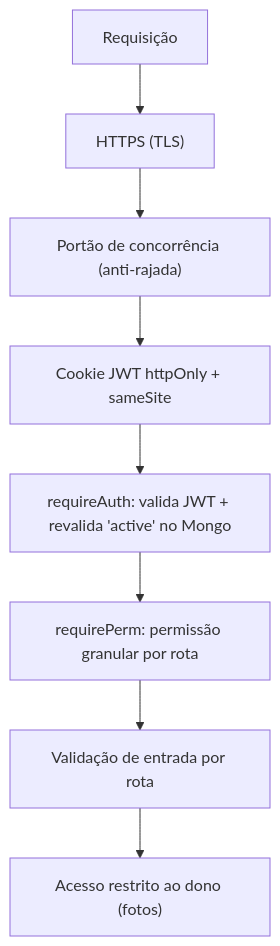
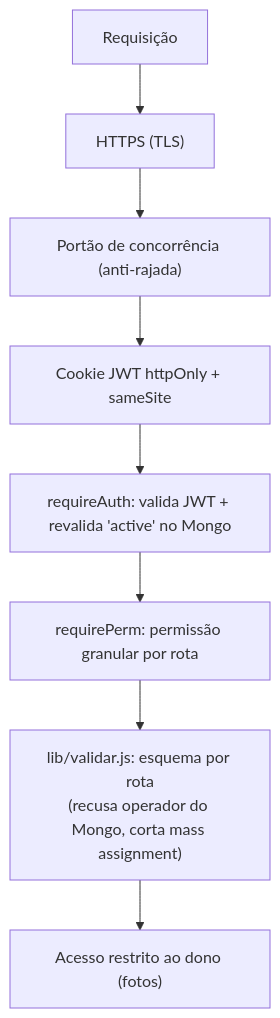
The diagram in docs/07-seguranca.md (Vaniteux2006/pdv_memphis), drawn with Mermaid before and after one commit. The commit also changed other lines of this file and 16 other files, not shown here.

````diff
--- a/docs/07-seguranca.md
+++ b/docs/07-seguranca.md
@@ -5,10 +5,10 @@
 ```mermaid
 flowchart TD
   R["Requisição"] --> H["HTTPS (TLS)"]
   H --> G["Portão de concorrência (anti-rajada)"]
   G --> C["Cookie JWT httpOnly + sameSite"]
   C --> AUTH["requireAuth: valida JWT + revalida 'active' no Mongo"]
   AUTH --> PERM["requirePerm: permissão granular por rota"]
-  PERM --> VAL["Validação de entrada por rota"]
+  PERM --> VAL["lib/validar.js: esquema por rota<br/>(recusa operador do Mongo, corta mass assignment)"]
   VAL --> DATA["Acesso restrito ao dono (fotos)"]
 ```
````
